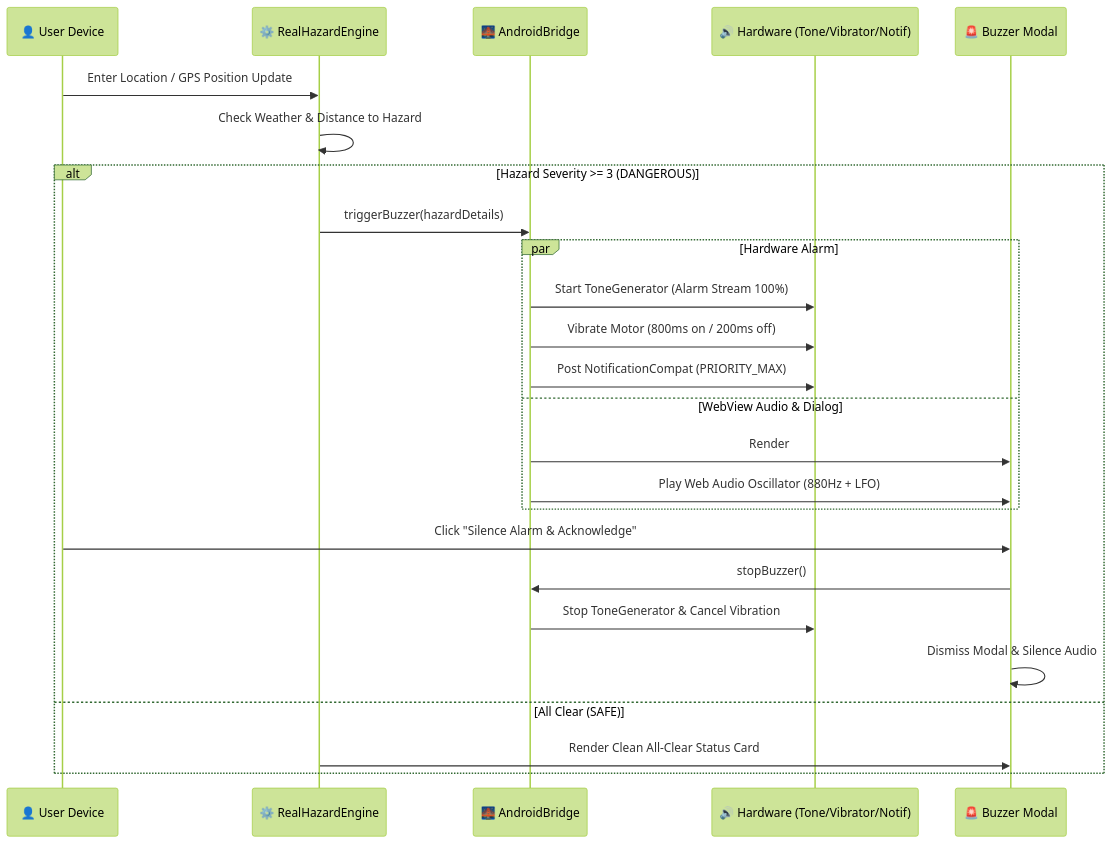
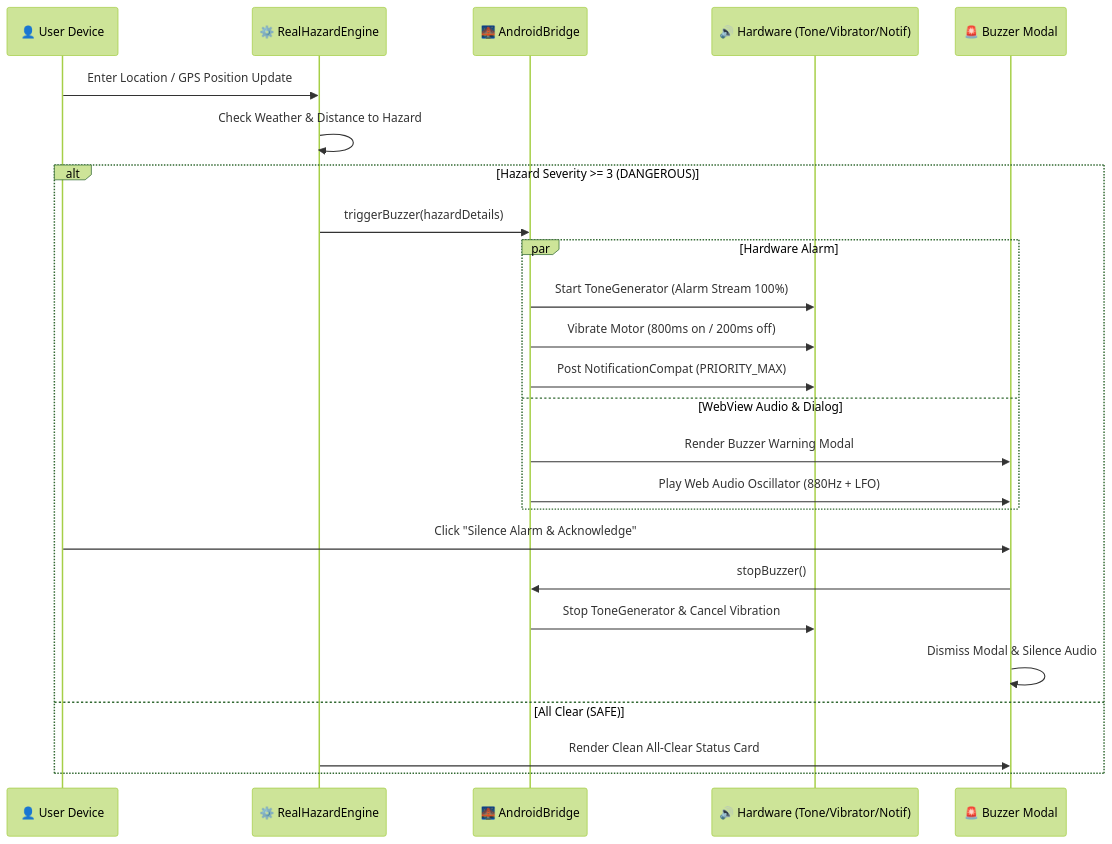
The second of 4 diagrams in README.md (Ruchitha-2007/travelTech), drawn with Mermaid (forest theme) before and after one commit. The commit also changed other lines of this file, not shown here.

Commit message:
Fix Mermaid diagram syntax in README for GitHub rendering

````diff
--- a/README.md
+++ b/README.md
@@ -250,28 +250,28 @@
 ```mermaid
 sequenceDiagram
     participant User as 👤 User Device
     participant Engine as ⚙️ RealHazardEngine
     participant Bridge as 🌉 AndroidBridge
     participant HW as 🔊 Hardware (Tone/Vibrator/Notif)
     participant UI as 🚨 Buzzer Modal
 
     User->>Engine: Enter Location / GPS Position Update
     Engine->>Engine: Check Weather & Distance to Hazard
     alt Hazard Severity >= 3 (DANGEROUS)
         Engine->>Bridge: triggerBuzzer(hazardDetails)
         par Hardware Alarm
             Bridge->>HW: Start ToneGenerator (Alarm Stream 100%)
             Bridge->>HW: Vibrate Motor (800ms on / 200ms off)
             Bridge->>HW: Post NotificationCompat (PRIORITY_MAX)
         and WebView Audio & Dialog
-            Bridge->>UI: Render #buzzerModal
+            Bridge->>UI: Render Buzzer Warning Modal
             Bridge->>UI: Play Web Audio Oscillator (880Hz + LFO)
         end
         User->>UI: Click "Silence Alarm & Acknowledge"
         UI->>Bridge: stopBuzzer()
         Bridge->>HW: Stop ToneGenerator & Cancel Vibration
         UI->>UI: Dismiss Modal & Silence Audio
     else All Clear (SAFE)
         Engine->>UI: Render Clean All-Clear Status Card
     end
 ```
````
